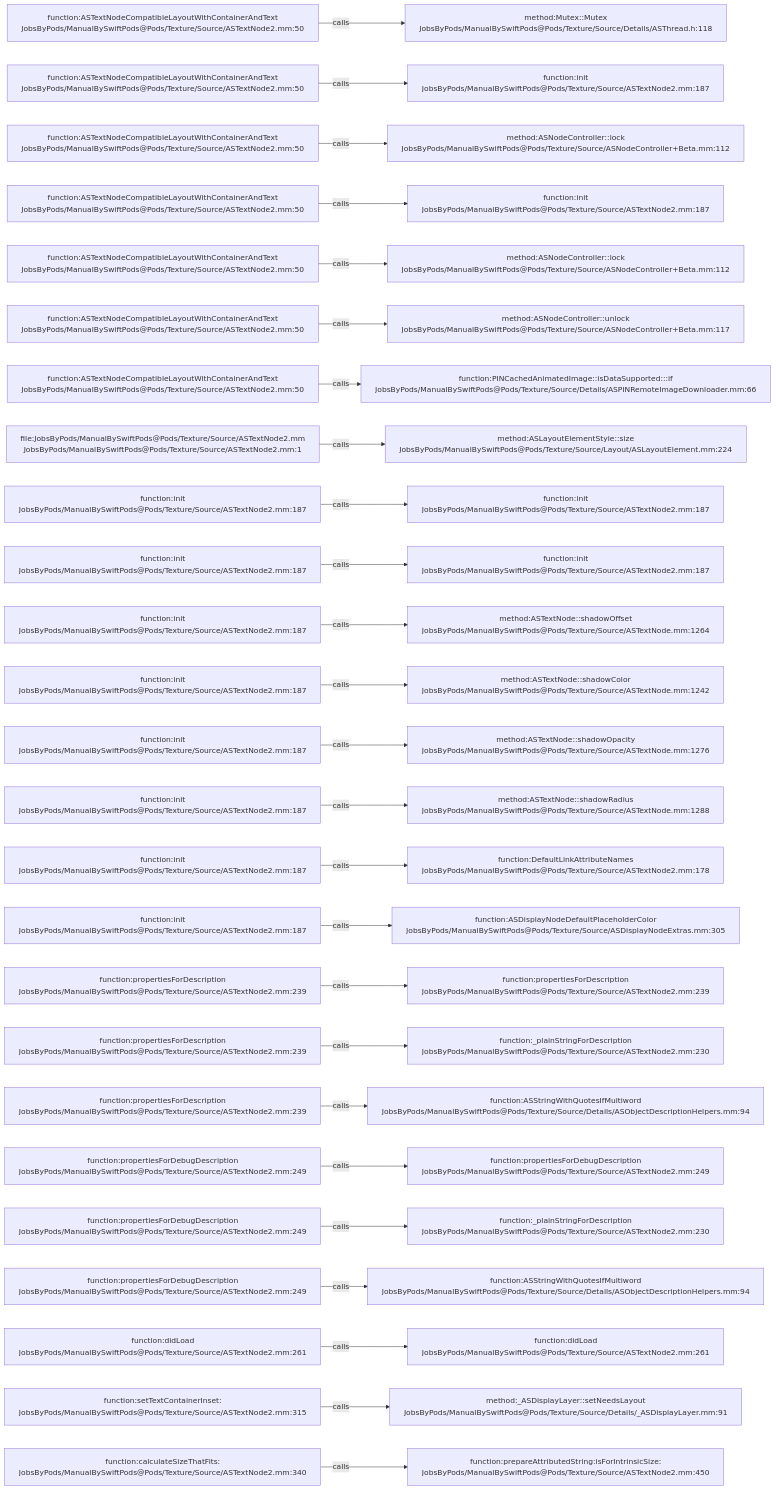
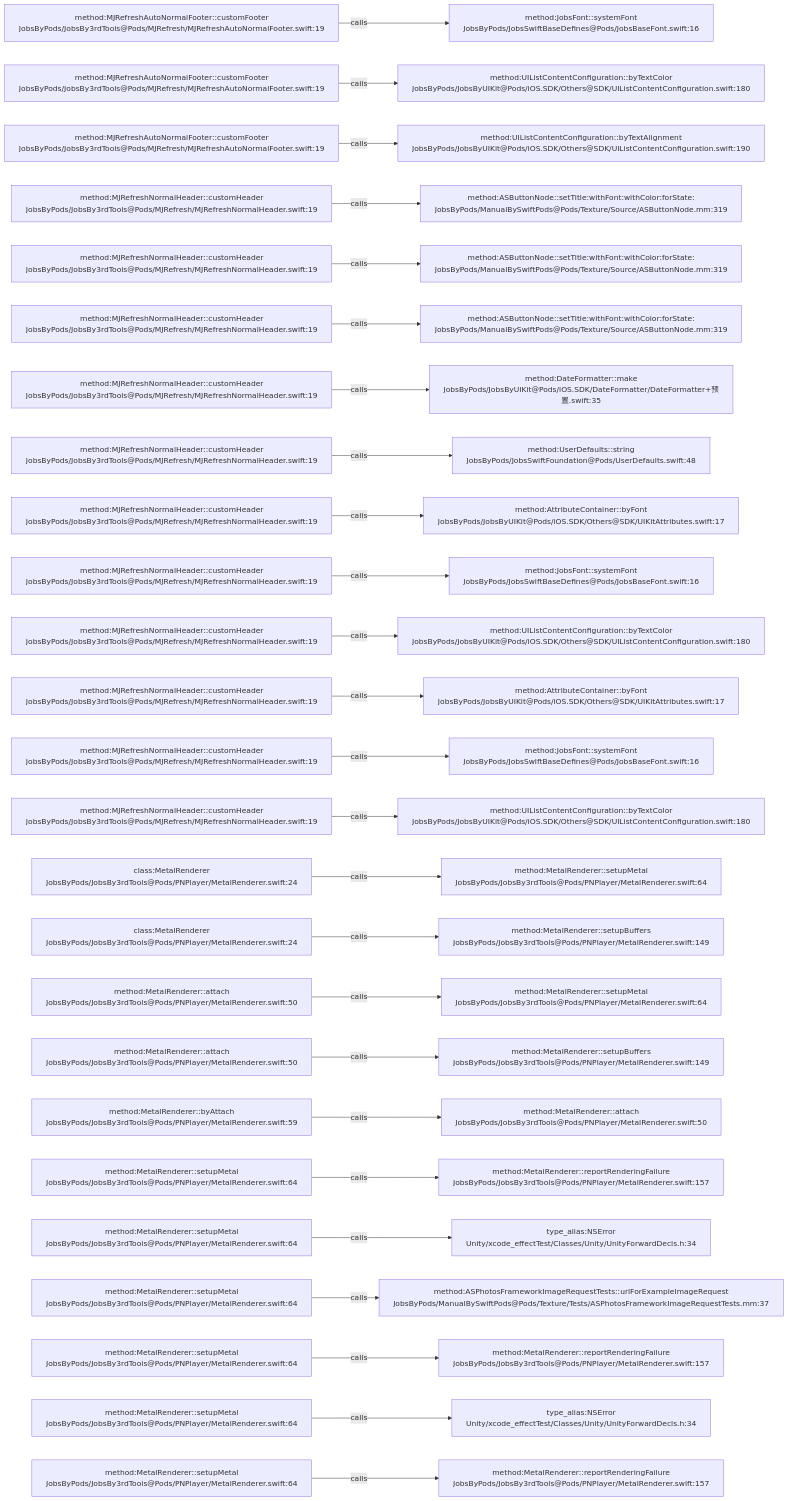
One commit to JobsKits/JobsSwiftBaseConfigDemo changed the diagram in .codegraph/codegraph.md/graphs/calls-070.md. Above: the diagram before and after it, drawn with Mermaid. The commit also changed 224 other files, not shown here.

````diff
--- a/.codegraph/codegraph.md/graphs/calls-070.md
+++ b/.codegraph/codegraph.md/graphs/calls-070.md
@@ -13,78 +13,78 @@
 ```mermaid
 flowchart LR
-  S1["function:ASTextNodeCompatibleLayoutWithContainerAndText<br/>JobsByPods/ManualBySwiftPods@Pods/Texture/Source/ASTextNode2.mm:50"]
-  T1["method:Mutex::Mutex<br/>JobsByPods/ManualBySwiftPods@Pods/Texture/Source/Details/ASThread.h:118"]
+  S1["method:MJRefreshAutoNormalFooter::customFooter<br/>JobsByPods/JobsBy3rdTools@Pods/MJRefresh/MJRefreshAutoNormalFooter.swift:19"]
+  T1["method:JobsFont::systemFont<br/>JobsByPods/JobsSwiftBaseDefines@Pods/JobsBaseFont.swift:16"]
   S1 -->|calls| T1
-  S2["function:ASTextNodeCompatibleLayoutWithContainerAndText<br/>JobsByPods/ManualBySwiftPods@Pods/Texture/Source/ASTextNode2.mm:50"]
-  T2["function:init<br/>JobsByPods/ManualBySwiftPods@Pods/Texture/Source/ASTextNode2.mm:187"]
+  S2["method:MJRefreshAutoNormalFooter::customFooter<br/>JobsByPods/JobsBy3rdTools@Pods/MJRefresh/MJRefreshAutoNormalFooter.swift:19"]
+  T2["method:UIListContentConfiguration::byTextColor<br/>JobsByPods/JobsByUIKit@Pods/iOS.SDK/Others@SDK/UIListContentConfiguration.swift:180"]
   S2 -->|calls| T2
-  S3["function:ASTextNodeCompatibleLayoutWithContainerAndText<br/>JobsByPods/ManualBySwiftPods@Pods/Texture/Source/ASTextNode2.mm:50"]
-  T3["method:ASNodeController::lock<br/>JobsByPods/ManualBySwiftPods@Pods/Texture/Source/ASNodeController+Beta.mm:112"]
+  S3["method:MJRefreshAutoNormalFooter::customFooter<br/>JobsByPods/JobsBy3rdTools@Pods/MJRefresh/MJRefreshAutoNormalFooter.swift:19"]
+  T3["method:UIListContentConfiguration::byTextAlignment<br/>JobsByPods/JobsByUIKit@Pods/iOS.SDK/Others@SDK/UIListContentConfiguration.swift:190"]
   S3 -->|calls| T3
-  S4["function:ASTextNodeCompatibleLayoutWithContainerAndText<br/>JobsByPods/ManualBySwiftPods@Pods/Texture/Source/ASTextNode2.mm:50"]
-  T4["function:init<br/>JobsByPods/ManualBySwiftPods@Pods/Texture/Source/ASTextNode2.mm:187"]
+  S4["method:MJRefreshNormalHeader::customHeader<br/>JobsByPods/JobsBy3rdTools@Pods/MJRefresh/MJRefreshNormalHeader.swift:19"]
+  T4["method:ASButtonNode::setTitle:withFont:withColor:forState:<br/>JobsByPods/ManualBySwiftPods@Pods/Texture/Source/ASButtonNode.mm:319"]
   S4 -->|calls| T4
-  S5["function:ASTextNodeCompatibleLayoutWithContainerAndText<br/>JobsByPods/ManualBySwiftPods@Pods/Texture/Source/ASTextNode2.mm:50"]
-  T5["method:ASNodeController::lock<br/>JobsByPods/ManualBySwiftPods@Pods/Texture/Source/ASNodeController+Beta.mm:112"]
+  S5["method:MJRefreshNormalHeader::customHeader<br/>JobsByPods/JobsBy3rdTools@Pods/MJRefresh/MJRefreshNormalHeader.swift:19"]
+  T5["method:ASButtonNode::setTitle:withFont:withColor:forState:<br/>JobsByPods/ManualBySwiftPods@Pods/Texture/Source/ASButtonNode.mm:319"]
   S5 -->|calls| T5
-  S6["function:ASTextNodeCompatibleLayoutWithContainerAndText<br/>JobsByPods/ManualBySwiftPods@Pods/Texture/Source/ASTextNode2.mm:50"]
-  T6["method:ASNodeController::unlock<br/>JobsByPods/ManualBySwiftPods@Pods/Texture/Source/ASNodeController+Beta.mm:117"]
+  S6["method:MJRefreshNormalHeader::customHeader<br/>JobsByPods/JobsBy3rdTools@Pods/MJRefresh/MJRefreshNormalHeader.swift:19"]
+  T6["method:ASButtonNode::setTitle:withFont:withColor:forState:<br/>JobsByPods/ManualBySwiftPods@Pods/Texture/Source/ASButtonNode.mm:319"]
   S6 -->|calls| T6
-  S7["function:ASTextNodeCompatibleLayoutWithContainerAndText<br/>JobsByPods/ManualBySwiftPods@Pods/Texture/Source/ASTextNode2.mm:50"]
-  T7["function:PINCachedAnimatedImage::isDataSupported:::if<br/>JobsByPods/ManualBySwiftPods@Pods/Texture/Source/Details/ASPINRemoteImageDownloader.mm:66"]
+  S7["method:MJRefreshNormalHeader::customHeader<br/>JobsByPods/JobsBy3rdTools@Pods/MJRefresh/MJRefreshNormalHeader.swift:19"]
+  T7["method:DateFormatter::make<br/>JobsByPods/JobsByUIKit@Pods/iOS.SDK/DateFormatter/DateFormatter+预置.swift:35"]
   S7 -->|calls| T7
-  S8["file:JobsByPods/ManualBySwiftPods@Pods/Texture/Source/ASTextNode2.mm<br/>JobsByPods/ManualBySwiftPods@Pods/Texture/Source/ASTextNode2.mm:1"]
-  T8["method:ASLayoutElementStyle::size<br/>JobsByPods/ManualBySwiftPods@Pods/Texture/Source/Layout/ASLayoutElement.mm:224"]
+  S8["method:MJRefreshNormalHeader::customHeader<br/>JobsByPods/JobsBy3rdTools@Pods/MJRefresh/MJRefreshNormalHeader.swift:19"]
+  T8["method:UserDefaults::string<br/>JobsByPods/JobsSwiftFoundation@Pods/UserDefaults.swift:48"]
   S8 -->|calls| T8
-  S9["function:init<br/>JobsByPods/ManualBySwiftPods@Pods/Texture/Source/ASTextNode2.mm:187"]
-  T9["function:init<br/>JobsByPods/ManualBySwiftPods@Pods/Texture/Source/ASTextNode2.mm:187"]
+  S9["method:MJRefreshNormalHeader::customHeader<br/>JobsByPods/JobsBy3rdTools@Pods/MJRefresh/MJRefreshNormalHeader.swift:19"]
+  T9["method:AttributeContainer::byFont<br/>JobsByPods/JobsByUIKit@Pods/iOS.SDK/Others@SDK/UIKitAttributes.swift:17"]
   S9 -->|calls| T9
-  S10["function:init<br/>JobsByPods/ManualBySwiftPods@Pods/Texture/Source/ASTextNode2.mm:187"]
-  T10["function:init<br/>JobsByPods/ManualBySwiftPods@Pods/Texture/Source/ASTextNode2.mm:187"]
+  S10["method:MJRefreshNormalHeader::customHeader<br/>JobsByPods/JobsBy3rdTools@Pods/MJRefresh/MJRefreshNormalHeader.swift:19"]
+  T10["method:JobsFont::systemFont<br/>JobsByPods/JobsSwiftBaseDefines@Pods/JobsBaseFont.swift:16"]
   S10 -->|calls| T10
-  S11["function:init<br/>JobsByPods/ManualBySwiftPods@Pods/Texture/Source/ASTextNode2.mm:187"]
-  T11["method:ASTextNode::shadowOffset<br/>JobsByPods/ManualBySwiftPods@Pods/Texture/Source/ASTextNode.mm:1264"]
+  S11["method:MJRefreshNormalHeader::customHeader<br/>JobsByPods/JobsBy3rdTools@Pods/MJRefresh/MJRefreshNormalHeader.swift:19"]
+  T11["method:UIListContentConfiguration::byTextColor<br/>JobsByPods/JobsByUIKit@Pods/iOS.SDK/Others@SDK/UIListContentConfiguration.swift:180"]
   S11 -->|calls| T11
-  S12["function:init<br/>JobsByPods/ManualBySwiftPods@Pods/Texture/Source/ASTextNode2.mm:187"]
-  T12["method:ASTextNode::shadowColor<br/>JobsByPods/ManualBySwiftPods@Pods/Texture/Source/ASTextNode.mm:1242"]
+  S12["method:MJRefreshNormalHeader::customHeader<br/>JobsByPods/JobsBy3rdTools@Pods/MJRefresh/MJRefreshNormalHeader.swift:19"]
+  T12["method:AttributeContainer::byFont<br/>JobsByPods/JobsByUIKit@Pods/iOS.SDK/Others@SDK/UIKitAttributes.swift:17"]
   S12 -->|calls| T12
-  S13["function:init<br/>JobsByPods/ManualBySwiftPods@Pods/Texture/Source/ASTextNode2.mm:187"]
-  T13["method:ASTextNode::shadowOpacity<br/>JobsByPods/ManualBySwiftPods@Pods/Texture/Source/ASTextNode.mm:1276"]
+  S13["method:MJRefreshNormalHeader::customHeader<br/>JobsByPods/JobsBy3rdTools@Pods/MJRefresh/MJRefreshNormalHeader.swift:19"]
+  T13["method:JobsFont::systemFont<br/>JobsByPods/JobsSwiftBaseDefines@Pods/JobsBaseFont.swift:16"]
   S13 -->|calls| T13
-  S14["function:init<br/>JobsByPods/ManualBySwiftPods@Pods/Texture/Source/ASTextNode2.mm:187"]
-  T14["method:ASTextNode::shadowRadius<br/>JobsByPods/ManualBySwiftPods@Pods/Texture/Source/ASTextNode.mm:1288"]
+  S14["method:MJRefreshNormalHeader::customHeader<br/>JobsByPods/JobsBy3rdTools@Pods/MJRefresh/MJRefreshNormalHeader.swift:19"]
+  T14["method:UIListContentConfiguration::byTextColor<br/>JobsByPods/JobsByUIKit@Pods/iOS.SDK/Others@SDK/UIListContentConfiguration.swift:180"]
   S14 -->|calls| T14
-  S15["function:init<br/>JobsByPods/ManualBySwiftPods@Pods/Texture/Source/ASTextNode2.mm:187"]
-  T15["function:DefaultLinkAttributeNames<br/>JobsByPods/ManualBySwiftPods@Pods/Texture/Source/ASTextNode2.mm:178"]
+  S15["class:MetalRenderer<br/>JobsByPods/JobsBy3rdTools@Pods/PNPlayer/MetalRenderer.swift:24"]
+  T15["method:MetalRenderer::setupMetal<br/>JobsByPods/JobsBy3rdTools@Pods/PNPlayer/MetalRenderer.swift:64"]
   S15 -->|calls| T15
-  S16["function:init<br/>JobsByPods/ManualBySwiftPods@Pods/Texture/Source/ASTextNode2.mm:187"]
-  T16["function:ASDisplayNodeDefaultPlaceholderColor<br/>JobsByPods/ManualBySwiftPods@Pods/Texture/Source/ASDisplayNodeExtras.mm:305"]
+  S16["class:MetalRenderer<br/>JobsByPods/JobsBy3rdTools@Pods/PNPlayer/MetalRenderer.swift:24"]
+  T16["method:MetalRenderer::setupBuffers<br/>JobsByPods/JobsBy3rdTools@Pods/PNPlayer/MetalRenderer.swift:149"]
   S16 -->|calls| T16
-  S17["function:propertiesForDescription<br/>JobsByPods/ManualBySwiftPods@Pods/Texture/Source/ASTextNode2.mm:239"]
-  T17["function:propertiesForDescription<br/>JobsByPods/ManualBySwiftPods@Pods/Texture/Source/ASTextNode2.mm:239"]
+  S17["method:MetalRenderer::attach<br/>JobsByPods/JobsBy3rdTools@Pods/PNPlayer/MetalRenderer.swift:50"]
+  T17["method:MetalRenderer::setupMetal<br/>JobsByPods/JobsBy3rdTools@Pods/PNPlayer/MetalRenderer.swift:64"]
   S17 -->|calls| T17
-  S18["function:propertiesForDescription<br/>JobsByPods/ManualBySwiftPods@Pods/Texture/Source/ASTextNode2.mm:239"]
-  T18["function:_plainStringForDescription<br/>JobsByPods/ManualBySwiftPods@Pods/Texture/Source/ASTextNode2.mm:230"]
+  S18["method:MetalRenderer::attach<br/>JobsByPods/JobsBy3rdTools@Pods/PNPlayer/MetalRenderer.swift:50"]
+  T18["method:MetalRenderer::setupBuffers<br/>JobsByPods/JobsBy3rdTools@Pods/PNPlayer/MetalRenderer.swift:149"]
   S18 -->|calls| T18
-  S19["function:propertiesForDescription<br/>JobsByPods/ManualBySwiftPods@Pods/Texture/Source/ASTextNode2.mm:239"]
-  T19["function:ASStringWithQuotesIfMultiword<br/>JobsByPods/ManualBySwiftPods@Pods/Texture/Source/Details/ASObjectDescriptionHelpers.mm:94"]
+  S19["method:MetalRenderer::byAttach<br/>JobsByPods/JobsBy3rdTools@Pods/PNPlayer/MetalRenderer.swift:59"]
+  T19["method:MetalRenderer::attach<br/>JobsByPods/JobsBy3rdTools@Pods/PNPlayer/MetalRenderer.swift:50"]
   S19 -->|calls| T19
-  S20["function:propertiesForDebugDescription<br/>JobsByPods/ManualBySwiftPods@Pods/Texture/Source/ASTextNode2.mm:249"]
-  T20["function:propertiesForDebugDescription<br/>JobsByPods/ManualBySwiftPods@Pods/Texture/Source/ASTextNode2.mm:249"]
+  S20["method:MetalRenderer::setupMetal<br/>JobsByPods/JobsBy3rdTools@Pods/PNPlayer/MetalRenderer.swift:64"]
+  T20["method:MetalRenderer::reportRenderingFailure<br/>JobsByPods/JobsBy3rdTools@Pods/PNPlayer/MetalRenderer.swift:157"]
   S20 -->|calls| T20
-  S21["function:propertiesForDebugDescription<br/>JobsByPods/ManualBySwiftPods@Pods/Texture/Source/ASTextNode2.mm:249"]
-  T21["function:_plainStringForDescription<br/>JobsByPods/ManualBySwiftPods@Pods/Texture/Source/ASTextNode2.mm:230"]
+  S21["method:MetalRenderer::setupMetal<br/>JobsByPods/JobsBy3rdTools@Pods/PNPlayer/MetalRenderer.swift:64"]
+  T21["type_alias:NSError<br/>Unity/xcode_effectTest/Classes/Unity/UnityForwardDecls.h:34"]
   S21 -->|calls| T21
-  S22["function:propertiesForDebugDescription<br/>JobsByPods/ManualBySwiftPods@Pods/Texture/Source/ASTextNode2.mm:249"]
-  T22["function:ASStringWithQuotesIfMultiword<br/>JobsByPods/ManualBySwiftPods@Pods/Texture/Source/Details/ASObjectDescriptionHelpers.mm:94"]
+  S22["method:MetalRenderer::setupMetal<br/>JobsByPods/JobsBy3rdTools@Pods/PNPlayer/MetalRenderer.swift:64"]
+  T22["method:ASPhotosFrameworkImageRequestTests::urlForExampleImageRequest<br/>JobsByPods/ManualBySwiftPods@Pods/Texture/Tests/ASPhotosFrameworkImageRequestTests.mm:37"]
   S22 -->|calls| T22
-  S23["function:didLoad<br/>JobsByPods/ManualBySwiftPods@Pods/Texture/Source/ASTextNode2.mm:261"]
-  T23["function:didLoad<br/>JobsByPods/ManualBySwiftPods@Pods/Texture/Source/ASTextNode2.mm:261"]
+  S23["method:MetalRenderer::setupMetal<br/>JobsByPods/JobsBy3rdTools@Pods/PNPlayer/MetalRenderer.swift:64"]
+  T23["method:MetalRenderer::reportRenderingFailure<br/>JobsByPods/JobsBy3rdTools@Pods/PNPlayer/MetalRenderer.swift:157"]
   S23 -->|calls| T23
-  S24["function:setTextContainerInset:<br/>JobsByPods/ManualBySwiftPods@Pods/Texture/Source/ASTextNode2.mm:315"]
-  T24["method:_ASDisplayLayer::setNeedsLayout<br/>JobsByPods/ManualBySwiftPods@Pods/Texture/Source/Details/_ASDisplayLayer.mm:91"]
+  S24["method:MetalRenderer::setupMetal<br/>JobsByPods/JobsBy3rdTools@Pods/PNPlayer/MetalRenderer.swift:64"]
+  T24["type_alias:NSError<br/>Unity/xcode_effectTest/Classes/Unity/UnityForwardDecls.h:34"]
   S24 -->|calls| T24
-  S25["function:calculateSizeThatFits:<br/>JobsByPods/ManualBySwiftPods@Pods/Texture/Source/ASTextNode2.mm:340"]
-  T25["function:prepareAttributedString:isForIntrinsicSize:<br/>JobsByPods/ManualBySwiftPods@Pods/Texture/Source/ASTextNode2.mm:450"]
+  S25["method:MetalRenderer::setupMetal<br/>JobsByPods/JobsBy3rdTools@Pods/PNPlayer/MetalRenderer.swift:64"]
+  T25["method:MetalRenderer::reportRenderingFailure<br/>JobsByPods/JobsBy3rdTools@Pods/PNPlayer/MetalRenderer.swift:157"]
   S25 -->|calls| T25
 ```
````
